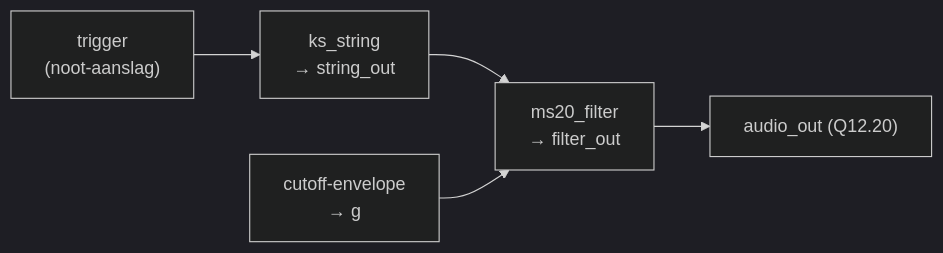
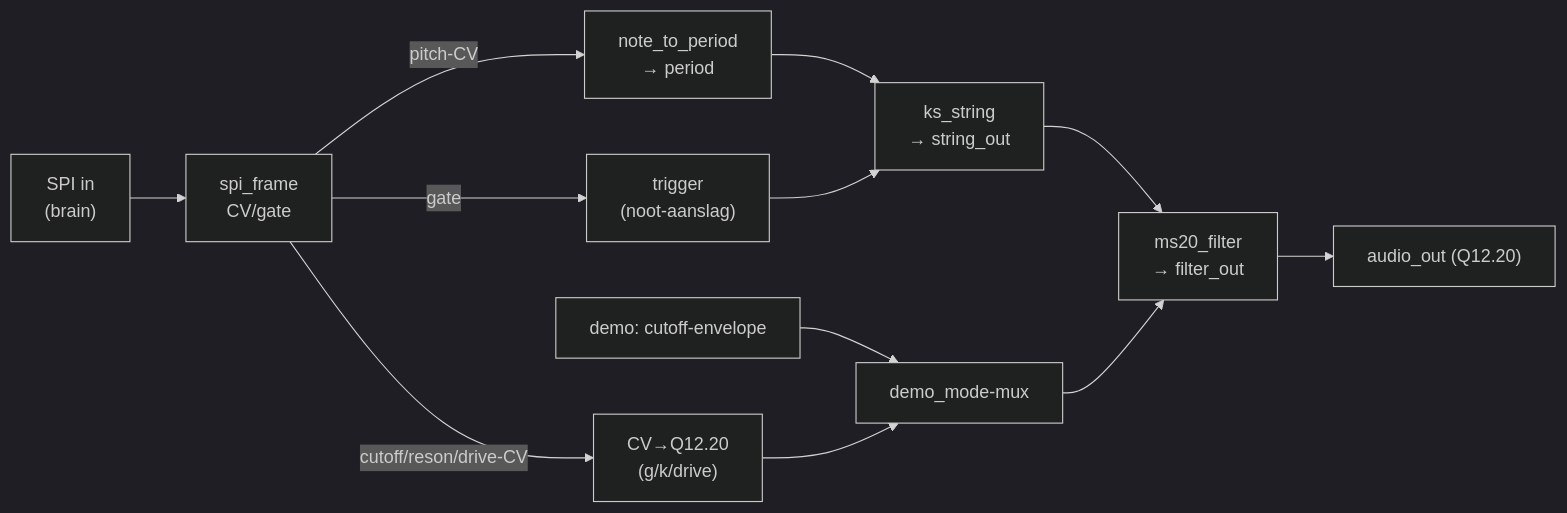
One commit to MarkWestbroek/FPGA_MS20_synth_voice changed the third of 4 diagrams in doc/ARCHITECTURE.md. Above: the diagram before and after it, drawn with Mermaid (dark theme). The commit also changed other lines of this file and 11 other files, not shown here.

````diff
--- a/doc/ARCHITECTURE.md
+++ b/doc/ARCHITECTURE.md
@@ -48,7 +53,14 @@
 ```mermaid
 flowchart LR
+  SPI["SPI in\n(brain)"] --> FR["spi_frame\nCV/gate"]
+  FR -->|"pitch-CV"| N2P["note_to_period\n→ period"]
+  FR -->|"gate"| TRIG
+  N2P --> KS
   TRIG["trigger\n(noot-aanslag)"] --> KS
   KS["ks_string\n→ string_out"] --> FILT
-  ENV["cutoff-envelope\n→ g"] --> FILT
+  FR -->|"cutoff/reson/drive-CV"| MAP["CV→Q12.20\n(g/k/drive)"]
+  ENV["demo: cutoff-envelope"] --> MUX
+  MAP --> MUX["demo_mode-mux"]
+  MUX --> FILT
   FILT["ms20_filter\n→ filter_out"] --> OUT["audio_out (Q12.20)"]
 ```
````
